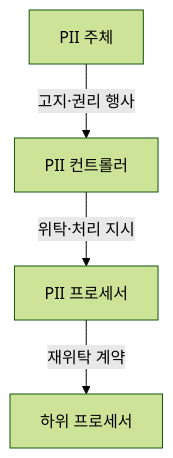
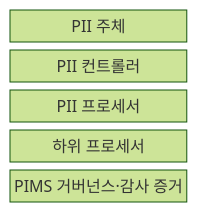
One commit to agnusdei1207/knowledge-base changed the first of 2 diagrams in src/content/docs/notes/07-law-policy/030_iso_27701.md. Above: the diagram before and after it, drawn with Mermaid (forest theme). The commit also changed other lines of this file and 9 other files, not shown here.

````diff
--- a/src/content/docs/notes/07-law-policy/030_iso_27701.md
+++ b/src/content/docs/notes/07-law-policy/030_iso_27701.md
@@ -56,6 +55,9 @@
 ```mermaid
-flowchart TD
-    PII주체["PII 주체"] -- 고지·권리 행사 --> Controller["PII 컨트롤러"]
-    Controller -- 위탁·처리 지시 --> Processor["PII 프로세서"]
-    Processor -- 재위탁 계약 --> SubProcessor["하위 프로세서"]
+block-beta
+    columns 1
+    A["PII 주체"]
+    B["PII 컨트롤러"]
+    C["PII 프로세서"]
+    D["하위 프로세서"]
+    E["PIMS 거버넌스·감사 증거"]
 ```
````
